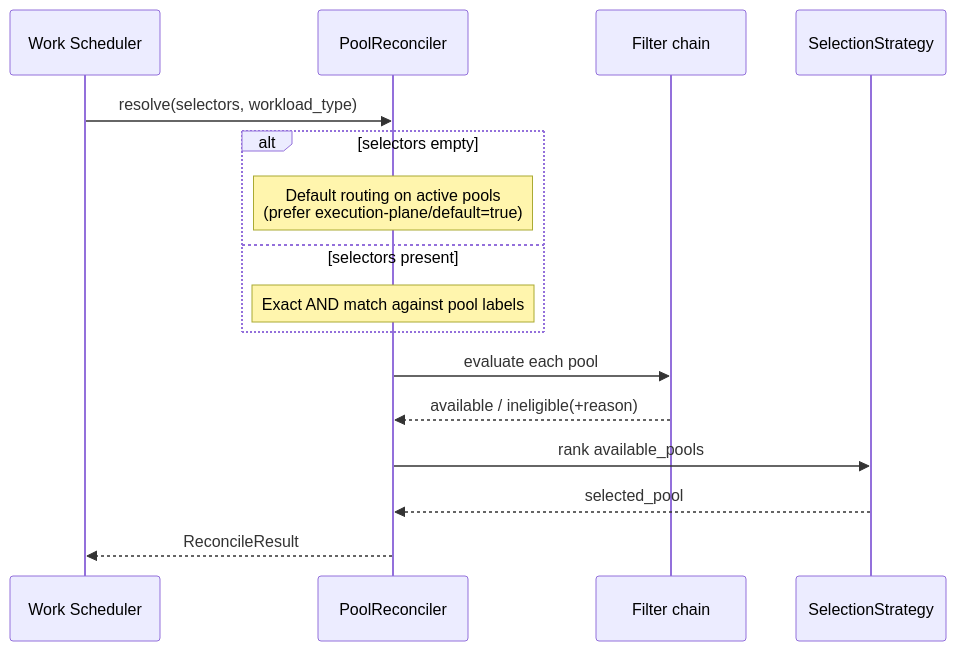
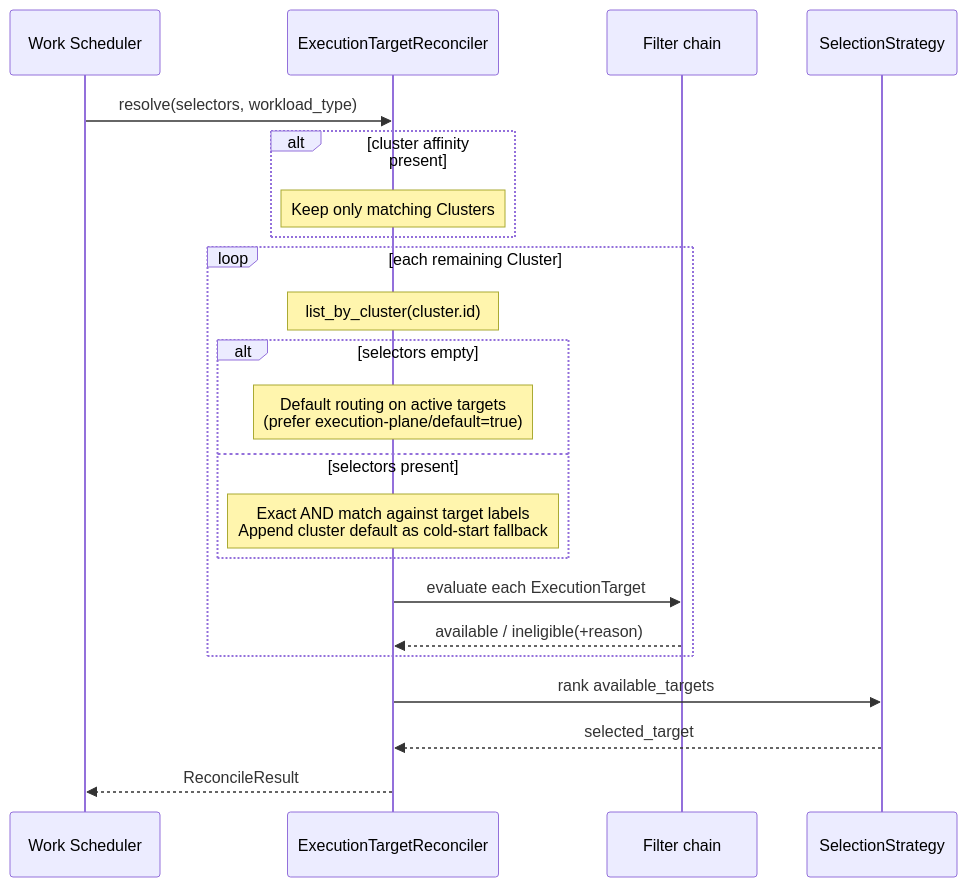
Before and after one commit to syntara-orchestration/syntara: the third of 3 diagrams in backend/docs/execution-plane/pool-reconciler.md, drawn with Mermaid. The commit also changed other lines of this file, not shown here.

First line of the commit message:
docs(AAP-92721): recast Pool Reconciler as ExecutionTarget Reconciler

````diff
--- a/backend/docs/execution-plane/pool-reconciler.md
+++ b/backend/docs/execution-plane/pool-reconciler.md
@@ -368,21 +499,28 @@
 ```mermaid
 sequenceDiagram
     participant S as Work Scheduler
-    participant R as PoolReconciler
+    participant R as ExecutionTargetReconciler
     participant F as Filter chain
     participant St as SelectionStrategy
 
     S->>R: resolve(selectors, workload_type)
 
-    alt selectors empty
-        Note over R: Default routing on active pools<br/>(prefer execution-plane/default=true)
-    else selectors present
-        Note over R: Exact AND match against pool labels
+    alt cluster affinity present
+        Note over R: Keep only matching Clusters
     end
 
-    R->>F: evaluate each pool
-    F-->>R: available / ineligible(+reason)
-    R->>St: rank available_pools
-    St-->>R: selected_pool
+    loop each remaining Cluster
+        Note over R: list_by_cluster(cluster.id)
+        alt selectors empty
+            Note over R: Default routing on active targets<br/>(prefer execution-plane/default=true)
+        else selectors present
+            Note over R: Exact AND match against target labels<br/>Append cluster default as cold-start fallback
+        end
+        R->>F: evaluate each ExecutionTarget
+        F-->>R: available / ineligible(+reason)
+    end
+
+    R->>St: rank available_targets
+    St-->>R: selected_target
     R-->>S: ReconcileResult
 ```
````
